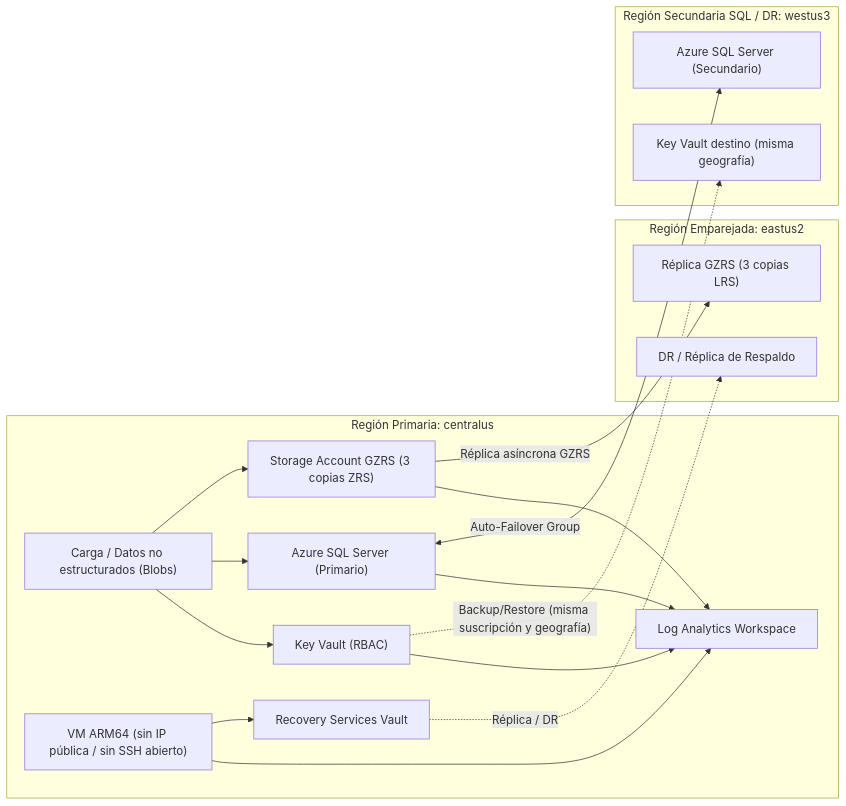
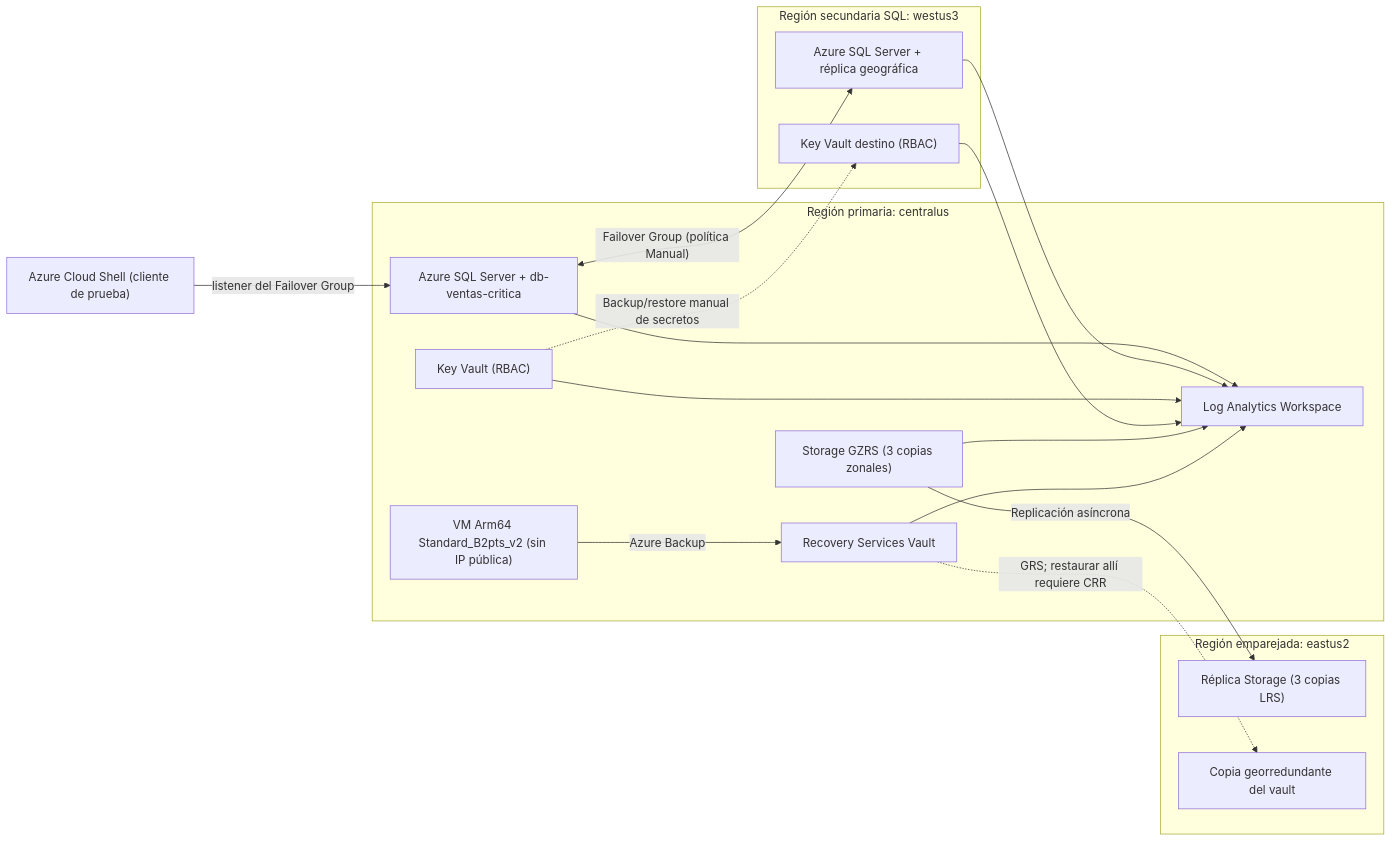
Before and after one commit to gcampos98/azure-az305-architecture-labs: the diagram in 01-bcdr-sql-backup-keyvault/README.md, drawn with Mermaid. The commit also changed other lines of this file and 26 other files, not shown here.

````diff
--- a/01-bcdr-sql-backup-keyvault/README.md
+++ b/01-bcdr-sql-backup-keyvault/README.md
@@ -10,35 +8,36 @@
 ```mermaid
 flowchart LR
-    subgraph PRI["Región Primaria: centralus"]
-        APP["Carga / Datos no estructurados (Blobs)"]
-        VM["VM ARM64 (sin IP pública / sin SSH abierto)"]
+    CS["Azure Cloud Shell (cliente de prueba)"]
+
+    subgraph PRI["Región primaria: centralus"]
+        SQL1["Azure SQL Server + db-ventas-critica"]
+        VM["VM Arm64 Standard_B2pts_v2 (sin IP pública)"]
         RSV["Recovery Services Vault"]
-        SQL1["Azure SQL Server (Primario)"]
         KV1["Key Vault (RBAC)"]
-        STG1["Storage Account GZRS (3 copias ZRS)"]
+        STG1["Storage GZRS (3 copias zonales)"]
         LAW["Log Analytics Workspace"]
     end
 
-    subgraph PAIR["Región Emparejada: eastus2"]
-        STG2["Réplica GZRS (3 copias LRS)"]
-        BK_PAIR["DR / Réplica de Respaldo"]
+    subgraph PAIR["Región emparejada: eastus2"]
+        STG2["Réplica Storage (3 copias LRS)"]
+        BK["Copia georredundante del vault"]
     end
 
-    subgraph SEC["Región Secundaria SQL / DR: westus3"]
-        SQL2["Azure SQL Server (Secundario)"]
-        KV2["Key Vault destino (misma geografía)"]
+    subgraph SEC["Región secundaria SQL: westus3"]
+        SQL2["Azure SQL Server + réplica geográfica"]
+        KV2["Key Vault destino (RBAC)"]
     end
 
-    APP --> STG1
-    VM --> RSV
-    RSV -. "Réplica / DR" .-> BK_PAIR
-    SQL1 <-->|"Auto-Failover Group"| SQL2
-    STG1 -->|"Réplica asíncrona GZRS"| STG2
-    KV1 -. "Backup/Restore (misma suscripción y geografía)" .-> KV2
-    APP --> SQL1
-    APP --> KV1
+    CS -->|"listener del Failover Group"| SQL1
+    SQL1 <-->|"Failover Group (política Manual)"| SQL2
+    STG1 -->|"Replicación asíncrona"| STG2
+    VM -->|"Azure Backup"| RSV
+    RSV -. "GRS; restaurar allí requiere CRR" .-> BK
+    KV1 -. "Backup/restore manual de secretos" .-> KV2
+    SQL1 --> LAW
+    SQL2 --> LAW
+    KV1 --> LAW
+    KV2 --> LAW
     STG1 --> LAW
-    VM --> LAW
-    SQL1 --> LAW
-    KV1 --> LAW
+    RSV --> LAW
 ```
````
